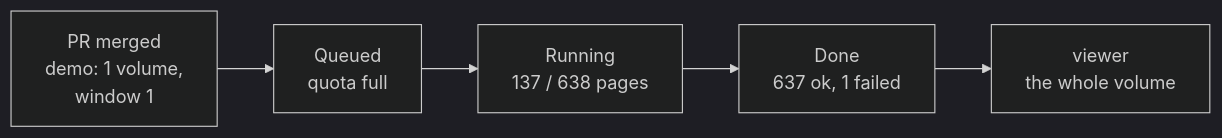
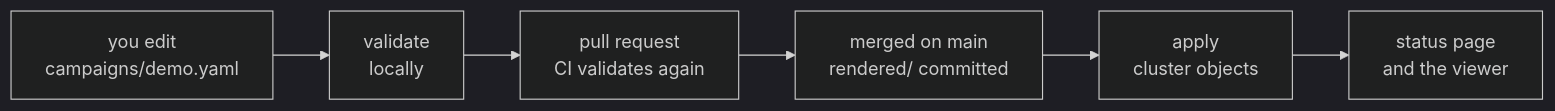
One commit to AI-Riksarkivet/htrflow-batch changed the diagram in docs/slides/assets/part-1-from-one-folder-to-the-archive-7.mmd. Above: the diagram before and after it, drawn with Mermaid (dark theme). The commit also changed 7 other files, not shown here.

First line of the commit message:
docs(slides): priority, validate locally, and the comparison slide

```diff
--- a/docs/slides/assets/part-1-from-one-folder-to-the-archive-7.mmd
+++ b/docs/slides/assets/part-1-from-one-folder-to-the-archive-7.mmd
@@ -1,7 +1,8 @@
 flowchart LR
-  A["PR merged<br/>demo: 1 volume,<br/>window 1"]
-  Bq["Queued<br/>quota full"]
-  C["Running<br/>137 / 638 pages"]
-  D["Done<br/>637 ok, 1 failed"]
-  E["viewer<br/>the whole volume"]
-  A --> Bq --> C --> D --> E
+  E["you edit<br/>campaigns/demo.yaml"]
+  V["validate<br/>locally"]
+  PR["pull request<br/>CI validates again"]
+  M["merged on main<br/>rendered/ committed"]
+  AP["apply<br/>cluster objects"]
+  S["status page<br/>and the viewer"]
+  E --> V --> PR --> M --> AP --> S
```
